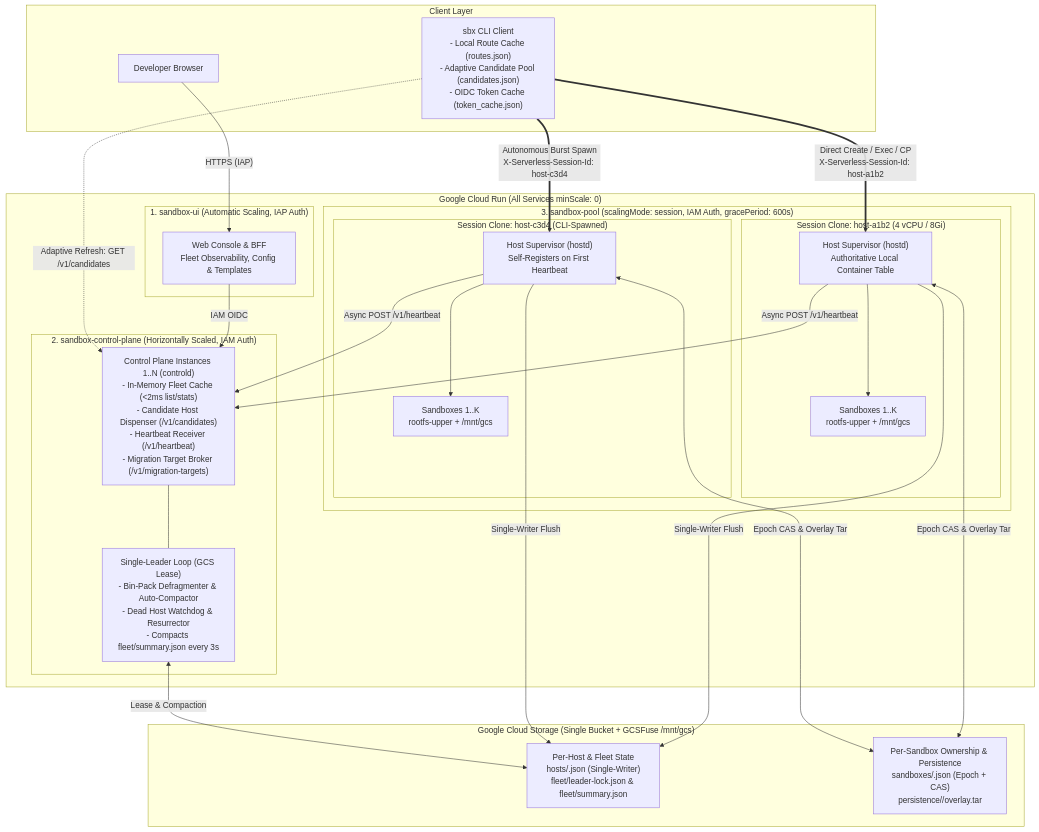
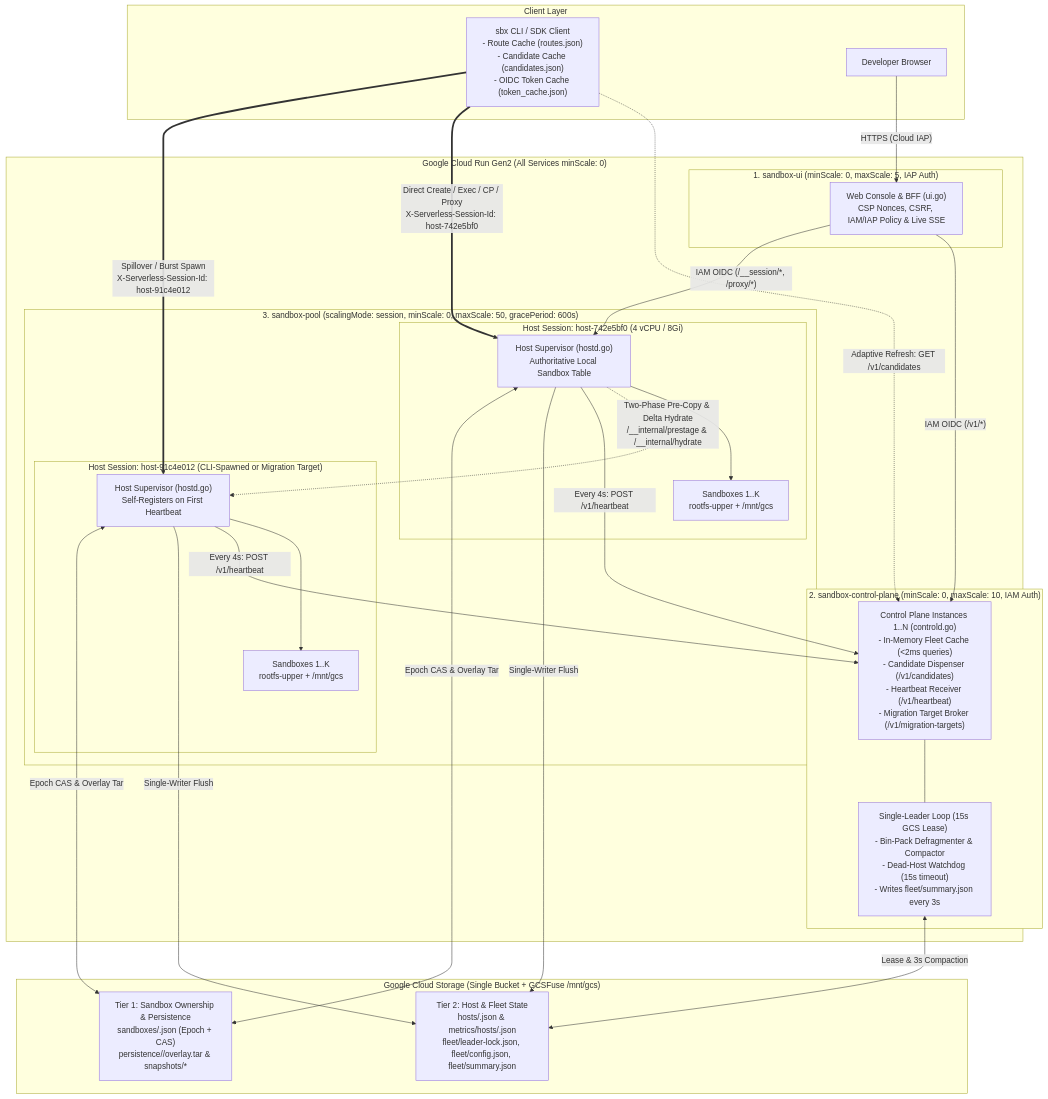
One commit to oded996/cloud-run-sandbox-dispenser changed the first of 3 diagrams in ARCHITECTURE.md. Above: the diagram before and after it, drawn with Mermaid. The commit also changed other lines of this file and 8 other files, not shown here.

Commit message:
Implement Two-Phase Pre-Copy live migration, fix UI IAP proxy headers, and polish docs

````diff
--- a/ARCHITECTURE.md
+++ b/ARCHITECTURE.md
@@ -47,47 +83,49 @@
 ```mermaid
 flowchart TB
     subgraph ClientLayer["Client Layer"]
-        CLI["sbx CLI Client<br/>- Local Route Cache (routes.json)<br/>- Adaptive Candidate Pool (candidates.json)<br/>- OIDC Token Cache (token_cache.json)"]
+        CLI["sbx CLI / SDK Client<br/>- Route Cache (routes.json)<br/>- Candidate Cache (candidates.json)<br/>- OIDC Token Cache (token_cache.json)"]
         Browser["Developer Browser"]
     end
 
-    subgraph CloudRun["Google Cloud Run (All Services minScale: 0)"]
-        subgraph UIService["1. sandbox-ui (Automatic Scaling, IAP Auth)"]
-            UI["Web Console & BFF<br/>Fleet Observability, Config & Templates"]
+    subgraph CloudRun["Google Cloud Run Gen2 (All Services minScale: 0)"]
+        subgraph UIService["1. sandbox-ui (minScale: 0, maxScale: 5, IAP Auth)"]
+            UI["Web Console & BFF (ui.go)<br/>CSP Nonces, CSRF, IAM/IAP Policy & Live SSE"]
         end
 
-        subgraph ControlPlane["2. sandbox-control-plane (Horizontally Scaled, IAM Auth)"]
-            CP["Control Plane Instances 1..N (controld)<br/>- In-Memory Fleet Cache (<2ms list/stats)<br/>- Candidate Host Dispenser (/v1/candidates)<br/>- Heartbeat Receiver (/v1/heartbeat)<br/>- Migration Target Broker (/v1/migration-targets)"]
-            Leader["Single-Leader Loop (GCS Lease)<br/>- Bin-Pack Defragmenter & Auto-Compactor<br/>- Dead Host Watchdog & Resurrector<br/>- Compacts fleet/summary.json every 3s"]
+        subgraph ControlPlane["2. sandbox-control-plane (minScale: 0, maxScale: 10, IAM Auth)"]
+            CP["Control Plane Instances 1..N (controld.go)<br/>- In-Memory Fleet Cache (<2ms queries)<br/>- Candidate Dispenser (/v1/candidates)<br/>- Heartbeat Receiver (/v1/heartbeat)<br/>- Migration Target Broker (/v1/migration-targets)"]
+            Leader["Single-Leader Loop (15s GCS Lease)<br/>- Bin-Pack Defragmenter & Compactor<br/>- Dead-Host Watchdog (15s timeout)<br/>- Writes fleet/summary.json every 3s"]
             CP --- Leader
         end
 
-        subgraph DataPlane["3. sandbox-pool (scalingMode: session, IAM Auth, gracePeriod: 600s)"]
-            subgraph Host1["Session Clone: host-a1b2 (4 vCPU / 8Gi)"]
-                Sup1["Host Supervisor (hostd)<br/>Authoritative Local Container Table"]
+        subgraph DataPlane["3. sandbox-pool (scalingMode: session, minScale: 0, maxScale: 50, gracePeriod: 600s)"]
+            subgraph Host1["Host Session: host-742e5bf0 (4 vCPU / 8Gi)"]
+                Sup1["Host Supervisor (hostd.go)<br/>Authoritative Local Sandbox Table"]
                 Sbx1["Sandboxes 1..K<br/>rootfs-upper + /mnt/gcs"]
                 Sup1 --> Sbx1
             end
-            subgraph Host2["Session Clone: host-c3d4 (CLI-Spawned)"]
-                Sup2["Host Supervisor (hostd)<br/>Self-Registers on First Heartbeat"]
+            subgraph Host2["Host Session: host-91c4e012 (CLI-Spawned or Migration Target)"]
+                Sup2["Host Supervisor (hostd.go)<br/>Self-Registers on First Heartbeat"]
                 Sbx2["Sandboxes 1..K<br/>rootfs-upper + /mnt/gcs"]
                 Sup2 --> Sbx2
             end
         end
     end
 
     subgraph StorageLayer["Google Cloud Storage (Single Bucket + GCSFuse /mnt/gcs)"]
-        GCSHosts["Per-Host & Fleet State<br/>hosts/<host_id>.json (Single-Writer)<br/>fleet/leader-lock.json & fleet/summary.json"]
-        GCSSandboxes["Per-Sandbox Ownership & Persistence<br/>sandboxes/<sandbox_id>.json (Epoch + CAS)<br/>persistence/<sandbox_id>/overlay.tar"]
+        GCSHosts["Tier 2: Host & Fleet State<br/>hosts/<host_id>.json & metrics/hosts/<host_id>.json<br/>fleet/leader-lock.json, fleet/config.json, fleet/summary.json"]
+        GCSSandboxes["Tier 1: Sandbox Ownership & Persistence<br/>sandboxes/<sandbox_id>.json (Epoch + CAS)<br/>persistence/<sandbox_id>/overlay.tar & snapshots/*"]
     end
 
-    Browser -->|"HTTPS (IAP)"| UI
-    UI -->|"IAM OIDC"| CP
+    Browser -->|"HTTPS (Cloud IAP)"| UI
+    UI -->|"IAM OIDC (/v1/*)"| CP
+    UI -->|"IAM OIDC (/__session/*, /proxy/*)"| Sup1
     CLI -.->|"Adaptive Refresh: GET /v1/candidates"| CP
-    CLI ==>|"Direct Create / Exec / CP<br/>X-Serverless-Session-Id: host-a1b2"| Sup1
-    CLI ==>|"Autonomous Burst Spawn<br/>X-Serverless-Session-Id: host-c3d4"| Sup2
-    Sup1 & Sup2 -->|"Async POST /v1/heartbeat"| CP
+    CLI ==>|"Direct Create / Exec / CP / Proxy<br/>X-Serverless-Session-Id: host-742e5bf0"| Sup1
+    CLI ==>|"Spillover / Burst Spawn<br/>X-Serverless-Session-Id: host-91c4e012"| Sup2
+    Sup1 -.->|"Two-Phase Pre-Copy & Delta Hydrate<br/>/__internal/prestage & /__internal/hydrate"| Sup2
+    Sup1 & Sup2 -->|"Every 4s: POST /v1/heartbeat"| CP
     Sup1 & Sup2 -->|"Single-Writer Flush"| GCSHosts
     Sup1 & Sup2 <-->|"Epoch CAS & Overlay Tar"| GCSSandboxes
-    Leader <-->|"Lease & Compaction"| GCSHosts
+    Leader <-->|"Lease & 3s Compaction"| GCSHosts
 ```
````
